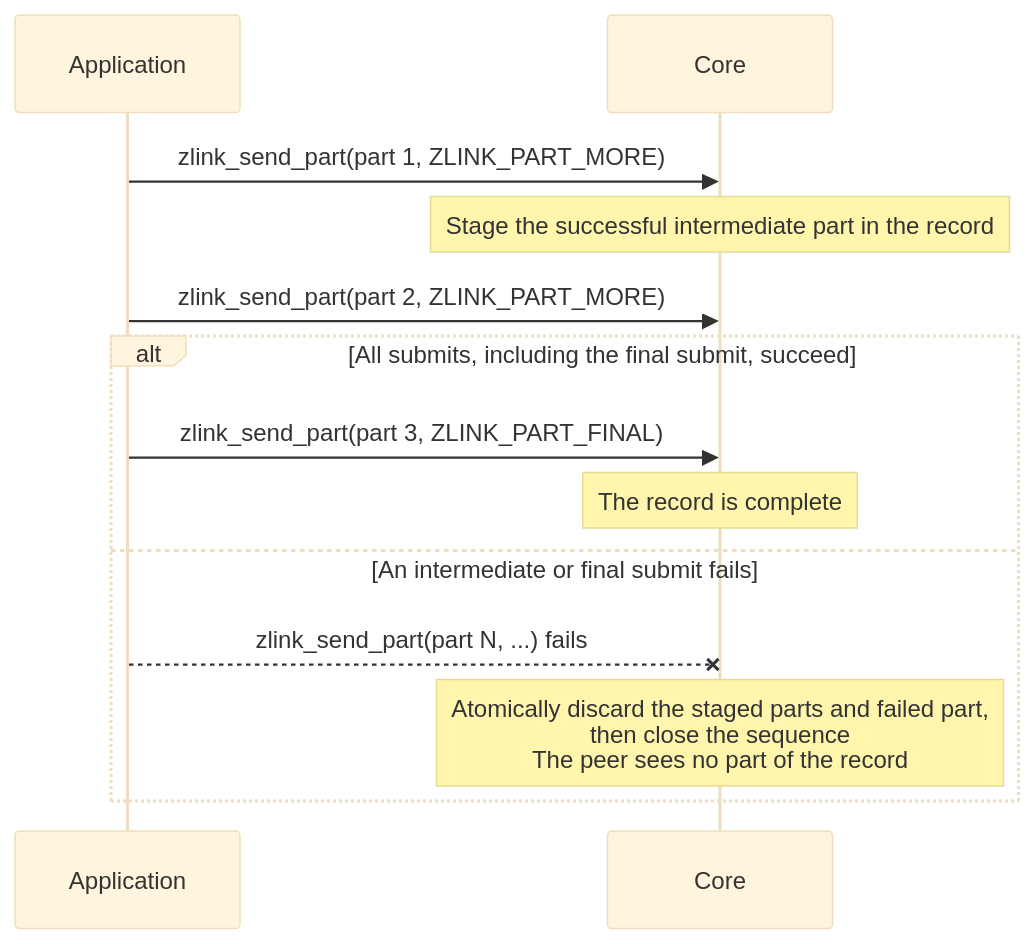
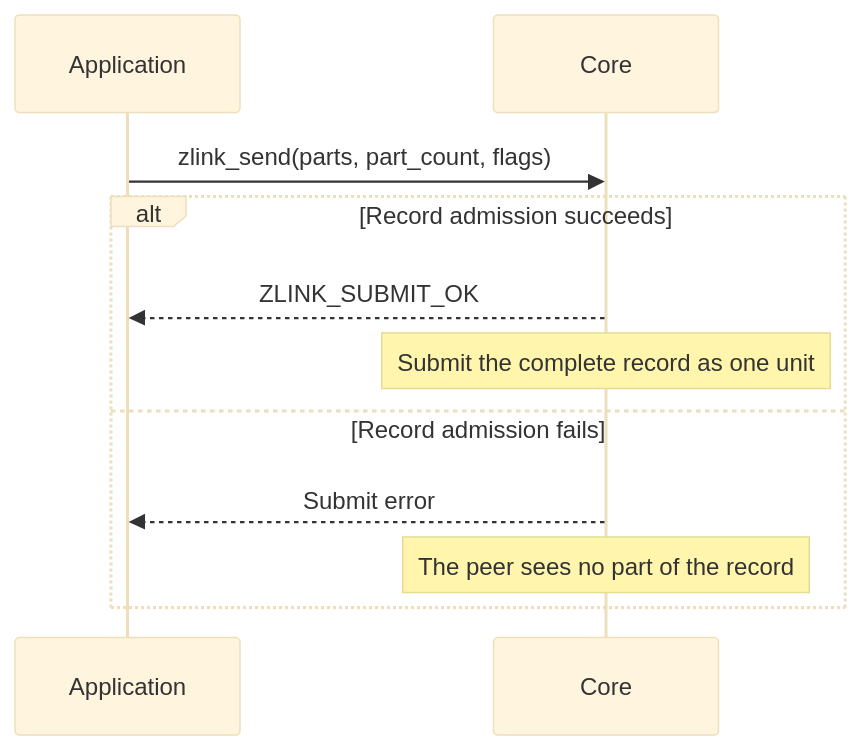
Before and after one commit to zlink-systems/zlink: the diagram in core/doc/spec/core/socket/01-pair.en.md, drawn with Mermaid (base theme). The commit also changed other lines of this file and 34 other files, not shown here.

````diff
--- a/core/doc/spec/core/socket/01-pair.en.md
+++ b/core/doc/spec/core/socket/01-pair.en.md
@@ -48,15 +46,13 @@
 ```mermaid
 sequenceDiagram
     participant App as Application
     participant Core as Core
-    App->>Core: zlink_send_part(part 1, ZLINK_PART_MORE)
-    Note over Core: Stage the successful intermediate part in the record
-    App->>Core: zlink_send_part(part 2, ZLINK_PART_MORE)
-    alt All submits, including the final submit, succeed
-        App->>Core: zlink_send_part(part 3, ZLINK_PART_FINAL)
-        Note over Core: The record is complete
-    else An intermediate or final submit fails
-        App--xCore: zlink_send_part(part N, ...) fails
-        Note over Core: Atomically discard the staged parts and failed part,<br/>then close the sequence<br/>The peer sees no part of the record
+    App->>Core: zlink_send(parts, part_count, flags)
+    alt Record admission succeeds
+        Core-->>App: ZLINK_SUBMIT_OK
+        Note over Core: Submit the complete record as one unit
+    else Record admission fails
+        Core-->>App: Submit error
+        Note over Core: The peer sees no part of the record
     end
 ```
````
